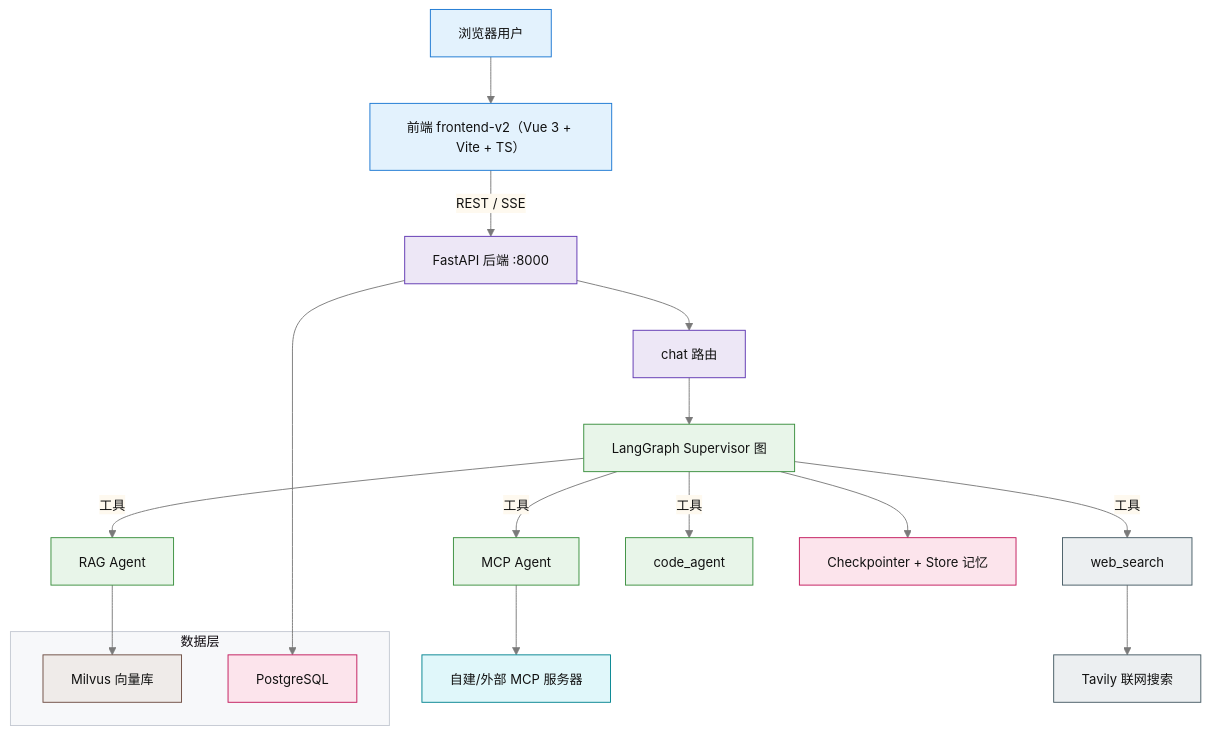
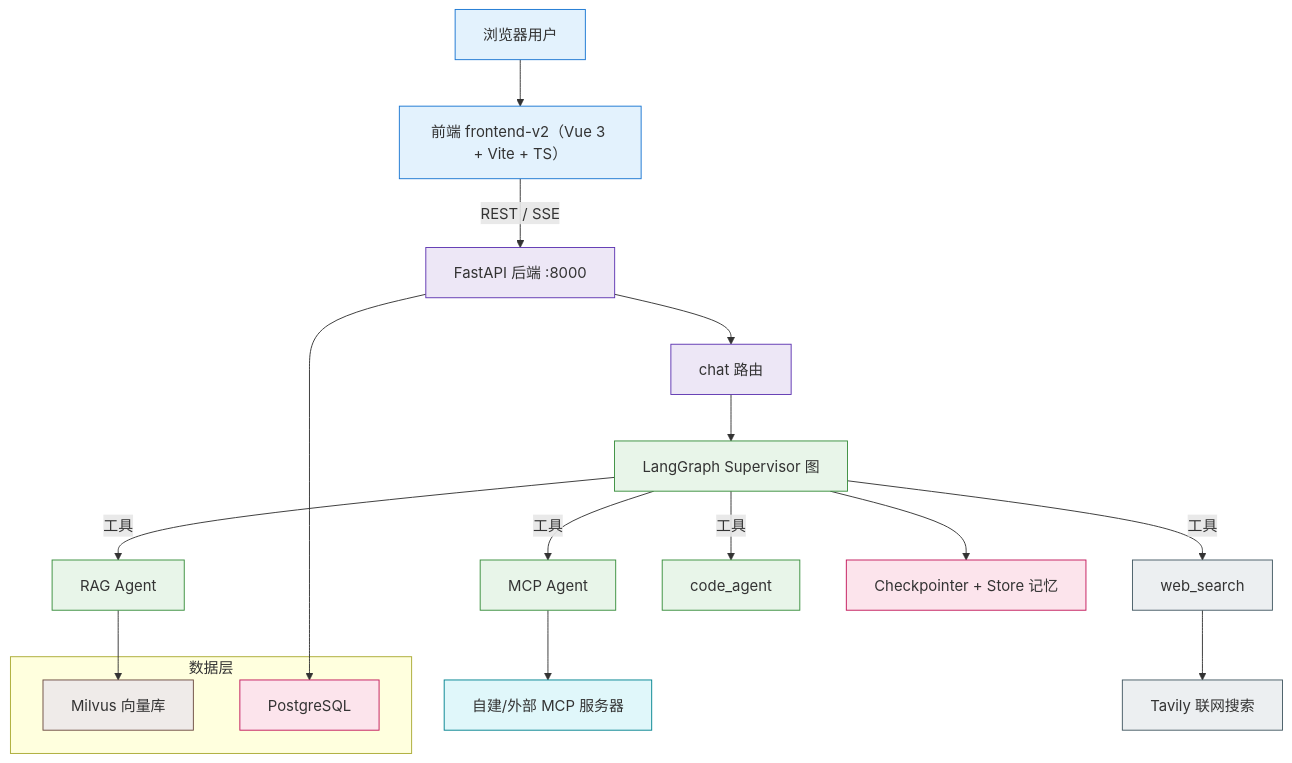
Before and after one commit to Zhuliqx/Agentchat: the first of 3 diagrams in docs/EXPLAIN.md, drawn with Mermaid. The commit also changed other lines of this file and 21 other files, not shown here.

Commit message:
docs: 文档重构——新增文档地图/唯一基线/实验快照，面试向内容拆分，接入漂移检查

````diff
--- a/docs/EXPLAIN.md
+++ b/docs/EXPLAIN.md
@@ -102,28 +39,27 @@
 ```mermaid
-%%{init: {"theme":"base", "themeVariables": {"primaryColor":"#ecf3ff", "primaryBorderColor":"#3b6fd4", "primaryTextColor":"#111", "lineColor":"#7a7a7a", "fontSize":"14px", "clusterBkg":"#f7f8fa", "clusterBorder":"#c4c9d2", "secondaryColor":"#fef9ef", "tertiaryColor":"#f2f7f2", "actorBkg":"#ecf3ff", "actorBorder":"#3b6fd4", "noteBkg":"#fef9ef"}}}%%
 graph TD
     classDef agent fill:#e8f5e9,stroke:#388e3c
     classDef api fill:#ede7f6,stroke:#5e35b1
     classDef data fill:#efebe9,stroke:#6d4c41
     classDef fe fill:#e3f2fd,stroke:#1976d2
     classDef mcp fill:#e0f7fa,stroke:#00838f
     classDef mem fill:#fce4ec,stroke:#c2185b
     classDef tool fill:#eceff1,stroke:#455a64
     U[浏览器用户]:::fe --> F[前端 frontend-v2（Vue 3 + Vite + TS）]:::fe
     F -->|REST / SSE| API[FastAPI 后端 :8000]:::api
     API --> CHAT[chat 路由]:::api
     CHAT --> G[LangGraph Supervisor 图]:::agent
     G -->|工具| RAG[RAG Agent]:::agent
     G -->|工具| MCP[MCP Agent]:::agent
     G -->|工具| SEARCH[web_search]:::tool
     G -->|工具| CODE[code_agent]:::agent
     RAG --> MV[Milvus 向量库]:::data
     MCP --> MCS[自建/外部 MCP 服务器]:::mcp
     SEARCH --> TAV[Tavily 联网搜索]:::tool
     API --> PG[PostgreSQL]:::mem
     G --> MEM[Checkpointer + Store 记忆]:::mem
     subgraph 数据层
         MV
         PG
     end
 ```
````
